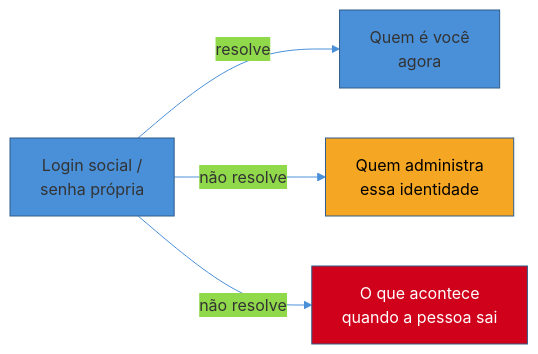
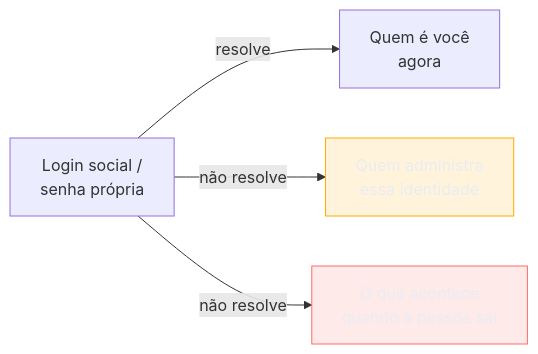
The first of 6 diagrams in 03-Dominios/Engenharia/Auth e Identidade/2 - OAuth 2.1 e OpenID Connect/06 - SSO corporativo — SAML, federação e SCIM.md (josenaldo/codex-technomanticus), drawn with Mermaid before and after one commit. The commit also changed other lines of this file and 1181 other files, not shown here.

First line of the commit message:
fix(diagramas): paleta do sistema no lugar de cor cravada no markdown

````diff
--- a/03-Dominios/Engenharia/Auth e Identidade/2 - OAuth 2.1 e OpenID Connect/06 - SSO corporativo — SAML, federação e SCIM.md
+++ b/03-Dominios/Engenharia/Auth e Identidade/2 - OAuth 2.1 e OpenID Connect/06 - SSO corporativo — SAML, federação e SCIM.md
@@ -36,10 +36,11 @@
 ```mermaid
-%%{init: {"theme": "base", "themeVariables": {"primaryColor": "#4A90D9", "primaryBorderColor": "#2E5C8A", "lineColor": "#4A90D9"}}}%%
 graph LR
+    classDef destaque fill:#FFAA0024,stroke:#FFAA00,color:#E9ECF2
+    classDef falha fill:#FF6B6B24,stroke:#FF6B6B,color:#E9ECF2
     A["Login social /<br/>senha própria"] -->|"resolve"| B["Quem é você<br/>agora"]
     A -->|"não resolve"| C["Quem administra<br/>essa identidade"]
     A -->|"não resolve"| D["O que acontece<br/>quando a pessoa sai"]
 
-    style C fill:#F5A623,color:#000
-    style D fill:#D0021B,color:#fff
+    class C destaque
+    class D falha
 ```
````
